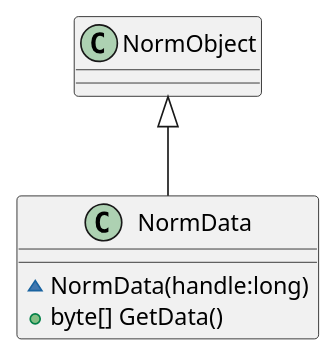
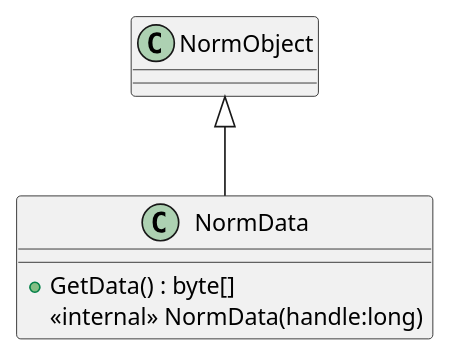
The diagram in src/dotnet/design/Mil/Navy/Nrl/Norm/NormData.puml (USNavalResearchLaboratory/norm), drawn with PlantUML before and after one commit. The commit also changed 34 other files, not shown here.

First line of the commit message:
NormDataEnqueue Refactor (#34)

```diff
--- a/src/dotnet/design/Mil/Navy/Nrl/Norm/NormData.puml
+++ b/src/dotnet/design/Mil/Navy/Nrl/Norm/NormData.puml
@@ -1,7 +1,7 @@
 @startuml
 class NormData {
-    ~ NormData(handle:long)
-    + byte[] GetData()
+    + GetData() : byte[]
+    <<internal>> NormData(handle:long)
 }
 NormObject <|-- NormData
 @enduml
```
